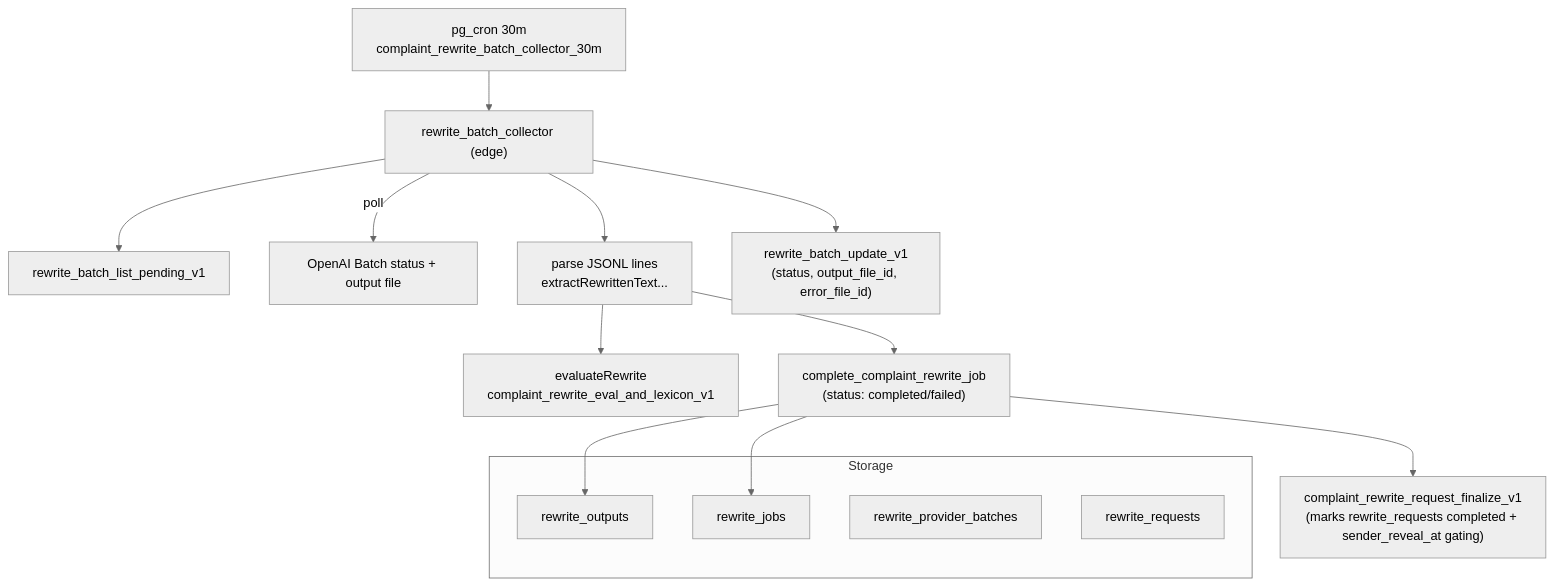
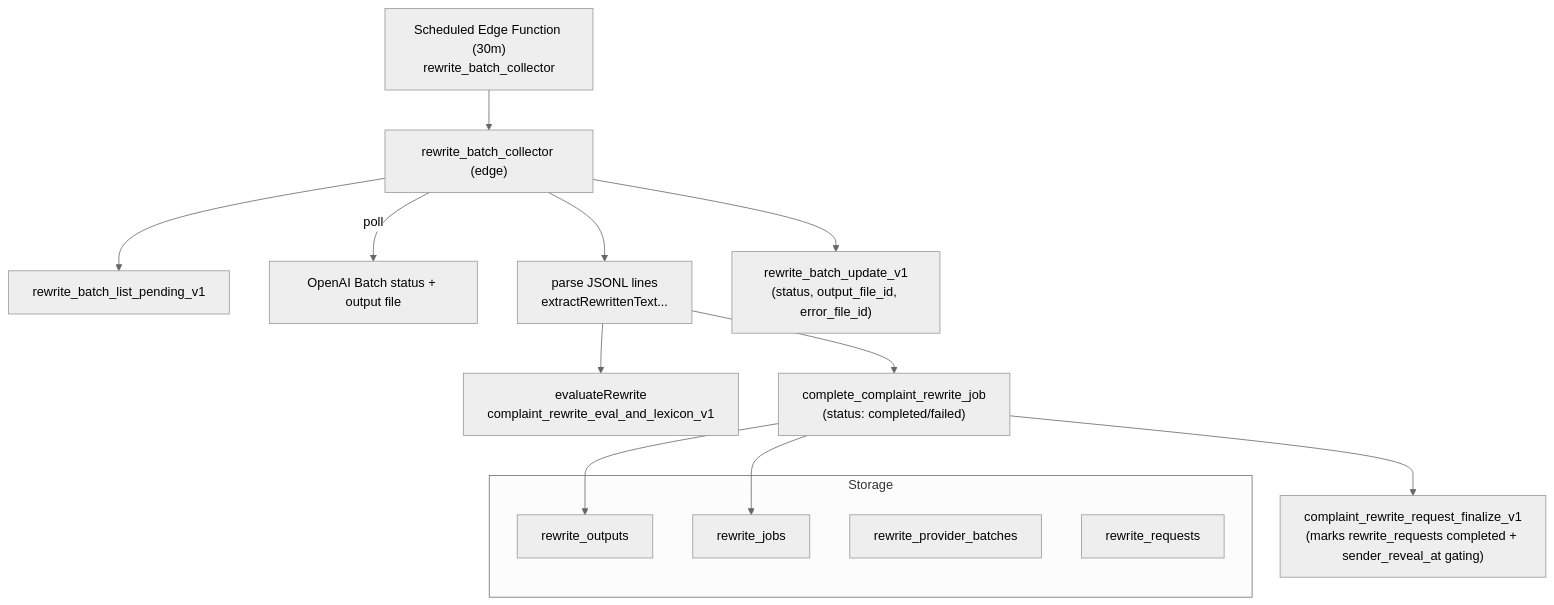
Before and after one commit to pariszhuang123/kinly-backend: the third of 3 diagrams in docs/contracts/complaints/complaint_rewrite_system_map.md, drawn with Mermaid (neutral theme). The commit also changed other lines of this file and 6 other files, not shown here.

Commit message:
Implement refactor complaint cron, no negative gratitude mention and update chore list username

````diff
--- a/docs/contracts/complaints/complaint_rewrite_system_map.md
+++ b/docs/contracts/complaints/complaint_rewrite_system_map.md
@@ -56,20 +56,20 @@
 ```mermaid
 flowchart TD
-  CRONC["pg_cron 30m<br/>complaint_rewrite_batch_collector_30m"] --> COL["rewrite_batch_collector (edge)"]
+  SCHED3["Scheduled Edge Function (30m)<br/>rewrite_batch_collector"] --> COL["rewrite_batch_collector (edge)"]
   COL --> LIST["rewrite_batch_list_pending_v1"]
   COL -->|poll| OAI["OpenAI Batch status + output file"]
   COL --> PARSE["parse JSONL lines<br/>extractRewrittenText..."]
   PARSE --> EVAL["evaluateRewrite<br/>complaint_rewrite_eval_and_lexicon_v1"]
   PARSE --> COMPLETE["complete_complaint_rewrite_job<br/>(status: completed/failed)"]
   COL --> UPDATE["rewrite_batch_update_v1<br/>(status, output_file_id, error_file_id)"]
   COMPLETE --> OUTS["rewrite_outputs"]
   COMPLETE --> JOBS["rewrite_jobs"]
   COMPLETE --> FINAL["complaint_rewrite_request_finalize_v1<br/>(marks rewrite_requests completed + sender_reveal_at gating)"]
 
   subgraph Storage
     PB["rewrite_provider_batches"]
     JOBS
     OUTS
     REQ["rewrite_requests"]
   end
 ```
````
